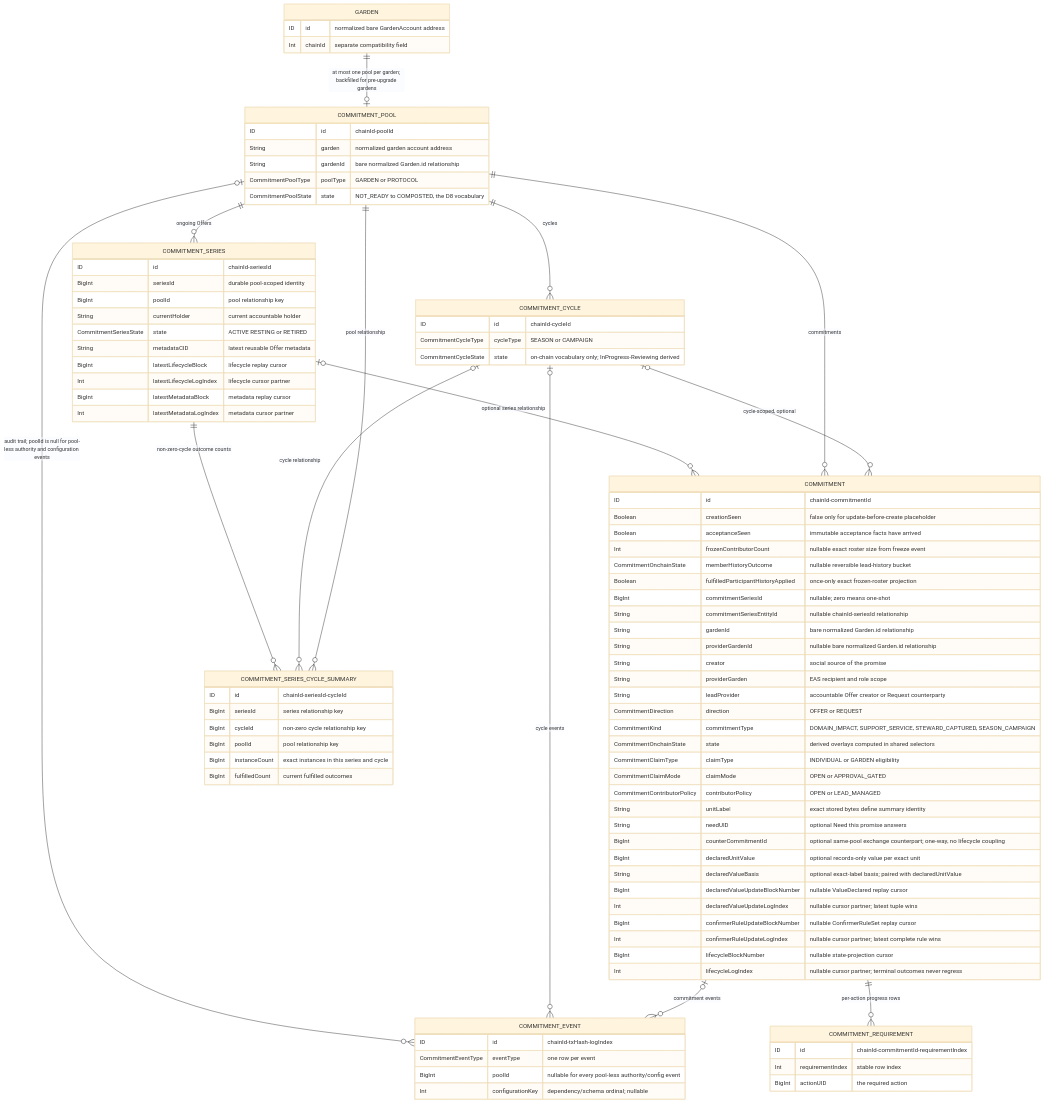
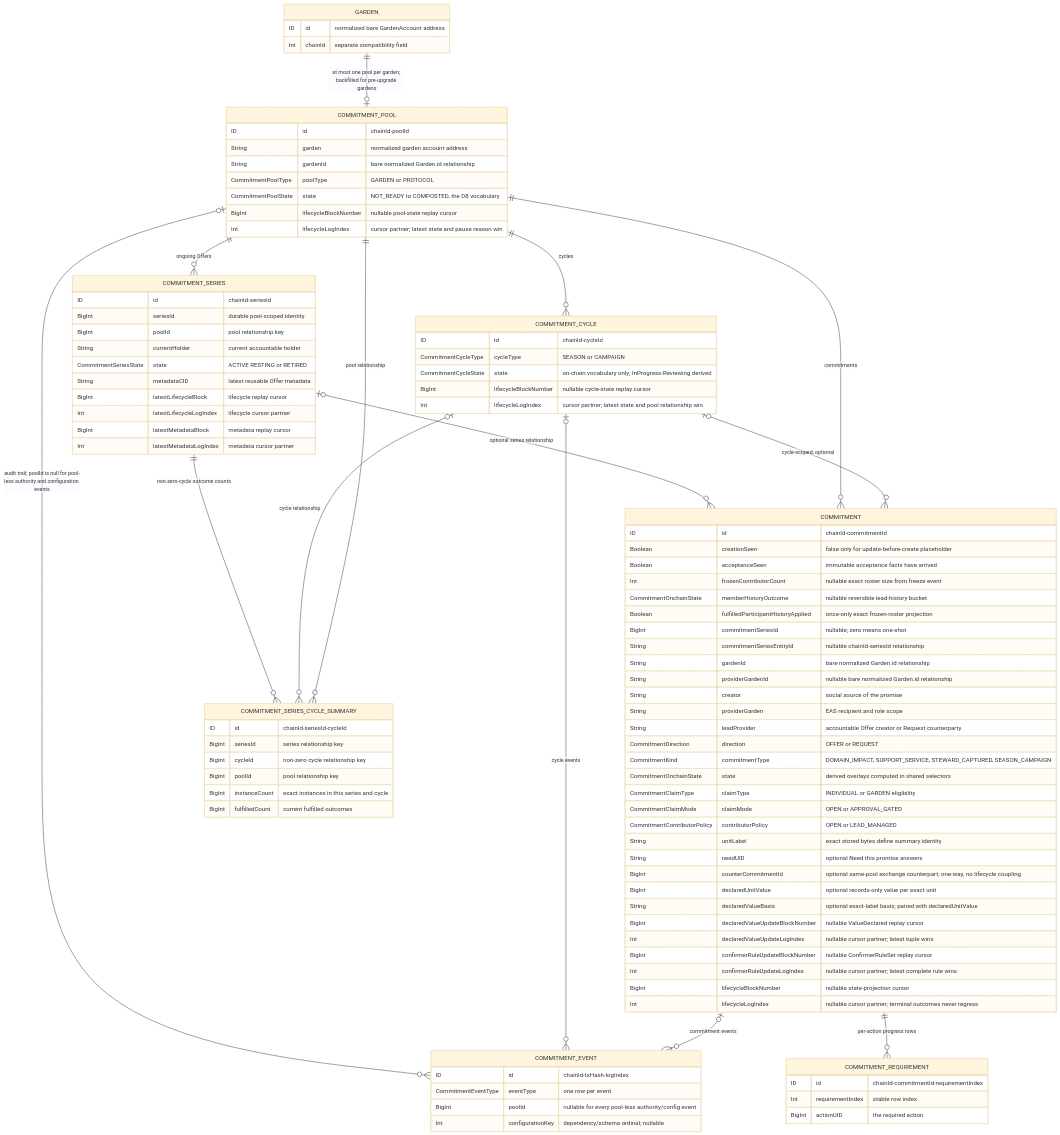
Before and after one commit to greenpill-dev-guild/green-goods: diagram 23 of 40 in .plans/active/commitment-pooling/diagrams.md, drawn with Mermaid (base theme). The commit also changed 12 other files, not shown here.

```diff
--- a/.plans/active/commitment-pooling/diagrams.md
+++ b/.plans/active/commitment-pooling/diagrams.md
@@ -1212,12 +1212,16 @@
     String gardenId "bare normalized Garden.id relationship"
     CommitmentPoolType poolType "GARDEN or PROTOCOL"
     CommitmentPoolState state "NOT_READY to COMPOSTED, the D8 vocabulary"
+    BigInt lifecycleBlockNumber "nullable pool-state replay cursor"
+    Int lifecycleLogIndex "cursor partner; latest state and pause reason win"
   }
 
   COMMITMENT_CYCLE {
     ID id "chainId-cycleId"
     CommitmentCycleType cycleType "SEASON or CAMPAIGN"
     CommitmentCycleState state "on-chain vocabulary only; InProgress-Reviewing derived"
+    BigInt lifecycleBlockNumber "nullable cycle-state replay cursor"
+    Int lifecycleLogIndex "cursor partner; latest state and pool relationship win"
   }
 
   COMMITMENT_SERIES {
```
